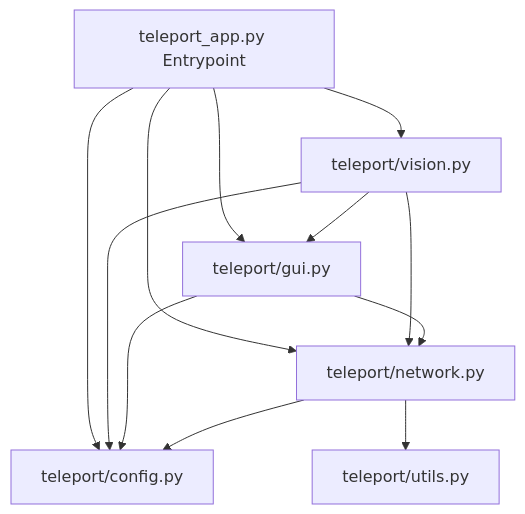
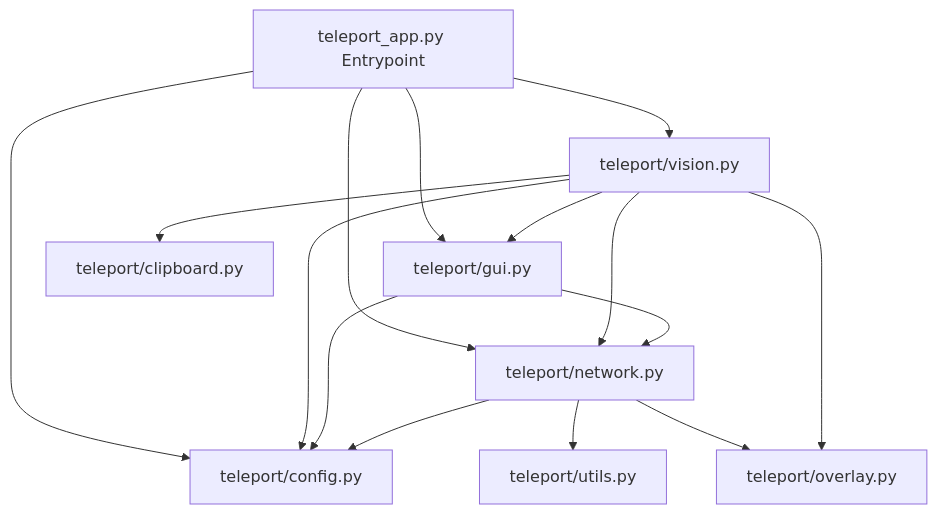
The diagram in README.md (jose-pires-neto/AirGrab), drawn with Mermaid before and after one commit. The commit also changed other lines of this file and 5 other files, not shown here.

````diff
--- a/README.md
+++ b/README.md
@@ -24,17 +29,21 @@
 ```mermaid
 graph TD
     teleport_app.py[teleport_app.py Entrypoint] --> vision[teleport/vision.py]
     teleport_app.py --> gui[teleport/gui.py]
     teleport_app.py --> network[teleport/network.py]
     teleport_app.py --> config[teleport/config.py]
     
     vision --> gui
     vision --> network
     vision --> config
     
     gui --> network
     gui --> config
     
     network --> config
     network --> utils[teleport/utils.py]
+    network --> overlay[teleport/overlay.py]
+    
+    vision --> clipboard[teleport/clipboard.py]
+    vision --> overlay
 ```
````
